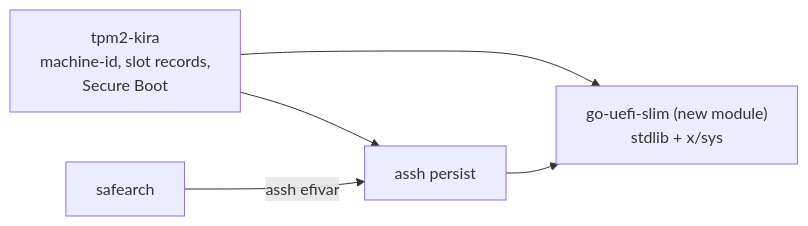
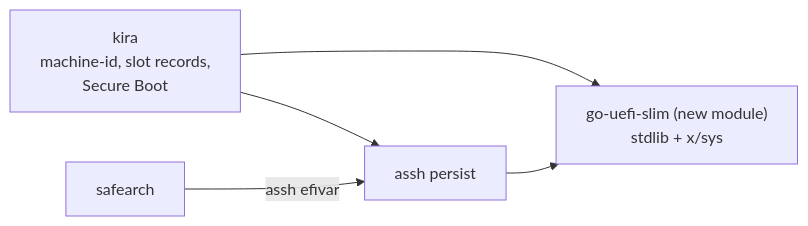
The diagram in PLAN.md (tpm2-trust/tpm2-trust), drawn with Mermaid before and after one commit. The commit also changed other lines of this file and 3 other files, not shown here.

Commit message:
tpm2-kira is kira, tpm2-kira-vault kira-vault: go.work, pin, the map; pin skips a submodule not there yet

````diff
--- a/PLAN.md
+++ b/PLAN.md
@@ -1087,8 +1090,8 @@
 ```mermaid
 flowchart LR
   U["go-uefi-slim (new module)<br/>stdlib + x/sys"]
   ASSH[assh persist] --> U
-  KIRA["tpm2-kira<br/>machine-id, slot records,<br/>Secure Boot"] --> U
+  KIRA["kira<br/>machine-id, slot records,<br/>Secure Boot"] --> U
   KIRA --> ASSH
   SAFE[safearch] -->|assh efivar| ASSH
 ```
````
